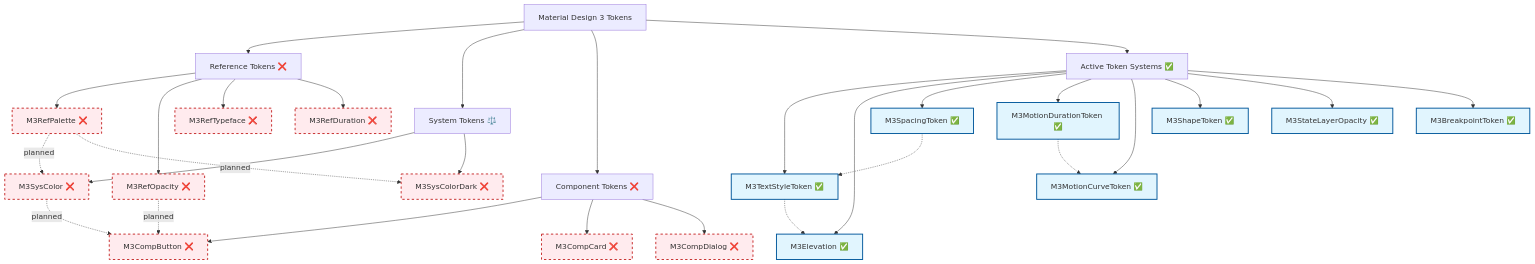
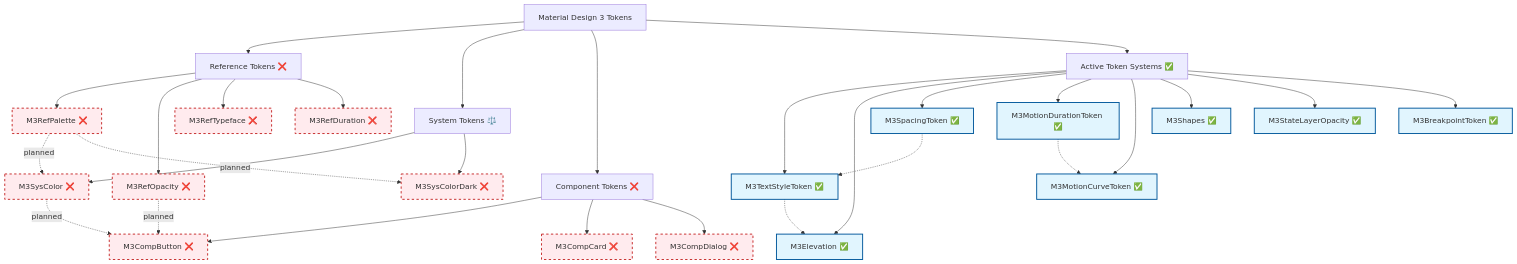
The first of 5 diagrams in documentation/material_design/en_US/maps/Token Map.md (fluttely/material_design), drawn with Mermaid before and after one commit. The commit also changed other lines of this file and 51 other files, not shown here.

````diff
--- a/documentation/material_design/en_US/maps/Token Map.md
+++ b/documentation/material_design/en_US/maps/Token Map.md
@@ -29,45 +29,45 @@
 ```mermaid
 graph TD
     A[Material Design 3 Tokens] --> B[Reference Tokens ❌]
     A --> C[System Tokens ⚖️]
     A --> D[Component Tokens ❌]
     A --> E[Active Token Systems ✅]
 
     B --> B1[M3RefPalette ❌]
     B --> B2[M3RefOpacity ❌]
     B --> B3[M3RefTypeface ❌]
     B --> B4[M3RefDuration ❌]
 
     C --> C1[M3SysColor ❌]
     C --> C2[M3SysColorDark ❌]
 
     D --> D1[M3CompButton ❌]
     D --> D2[M3CompCard ❌]
     D --> D3[M3CompDialog ❌]
 
     E --> E1[M3TextStyleToken ✅]
     E --> E2[M3Elevation ✅]
     E --> E3[M3SpacingToken ✅]
     E --> E4[M3MotionDurationToken ✅]
     E --> E5[M3MotionCurveToken ✅]
-    E --> E6[M3ShapeToken ✅]
+    E --> E6[M3Shapes ✅]
     E --> E7[M3StateLayerOpacity ✅]
     E --> E8[M3BreakpointToken ✅]
 
     %% Active dependencies (green)
     E1 -.-> E2
     E3 -.-> E1
     E4 -.-> E5
 
     %% Planned dependencies (red dashed)
     B1 -.->|planned| C1
     B1 -.->|planned| C2
     B2 -.->|planned| D1
     C1 -.->|planned| D1
 
     classDef activeToken fill:#e1f5fe,stroke:#01579b,stroke-width:2px
     classDef inactiveToken fill:#ffebee,stroke:#c62828,stroke-width:2px,stroke-dasharray: 5 5
 
     class E1,E2,E3,E4,E5,E6,E7,E8 activeToken
     class B1,B2,B3,B4,C1,C2,D1,D2,D3 inactiveToken
 ```
````
